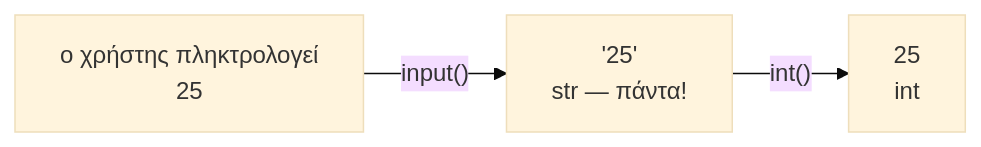
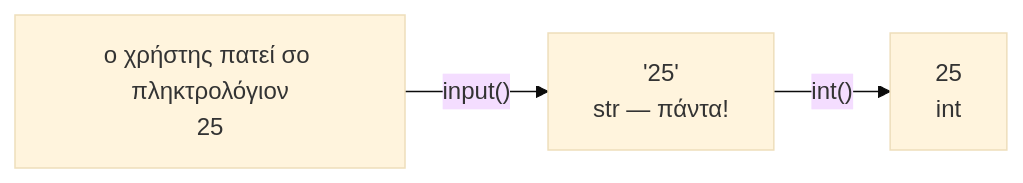
One commit to zafeirakopoulos/pliroforiki changed the fourth of 5 diagrams in week1.qmd. Above: the diagram before and after it, drawn with Mermaid (base theme). The commit also changed other lines of this file, not shown here.

````diff
--- a/week1.qmd
+++ b/week1.qmd
@@ -263,5 +263,5 @@
 ```{mermaid}
 flowchart LR
-    kb["ο χρήστης πληκτρολογεί<br>25"] -->|"input()"| s["'25'<br>str — πάντα!"]
+    kb["ο χρήστης πατεί σο πληκτρολόγιον<br>25"] -->|"input()"| s["'25'<br>str — πάντα!"]
     s -->|"int()"| n["25<br>int"]
 ```
````
